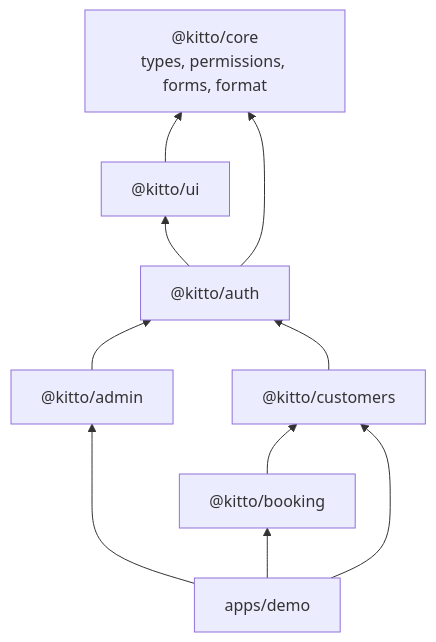
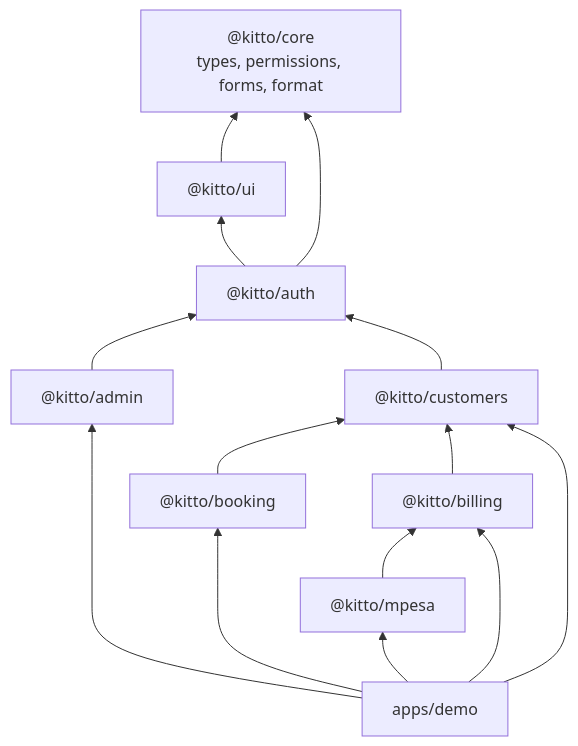
The eighth of 12 diagrams in docs/ARCHITECTURE.md (adamsdenniskariuki/kitto), drawn with Mermaid before and after one commit. The commit also changed other lines of this file and 63 other files, not shown here.

First line of the commit message:
Step 4: billing + mpesa modules (#4)

````diff
--- a/docs/ARCHITECTURE.md
+++ b/docs/ARCHITECTURE.md
@@ -264,10 +264,12 @@
 ```mermaid
 flowchart BT
   core["@kitto/core<br/>types, permissions, forms, format"]
   ui["@kitto/ui"] --> core
   auth["@kitto/auth"] --> core & ui
   admin["@kitto/admin"] --> auth
   customers["@kitto/customers"] --> auth
   booking["@kitto/booking"] --> customers
-  app["apps/demo"] --> admin & customers & booking
+  billing["@kitto/billing"] --> customers
+  mpesa["@kitto/mpesa"] --> billing
+  app["apps/demo"] --> admin & customers & booking & billing & mpesa
 ```
````
